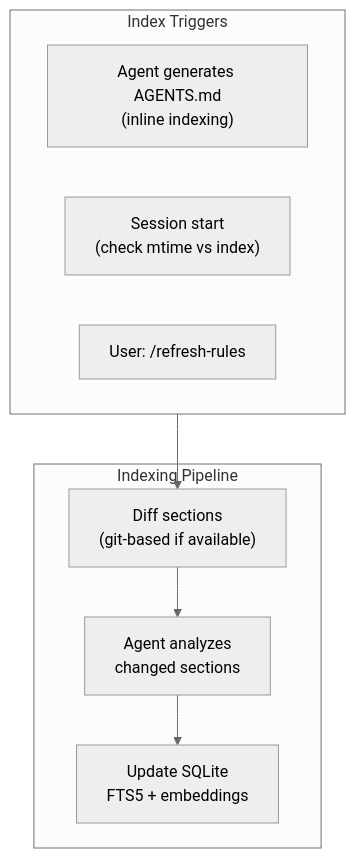
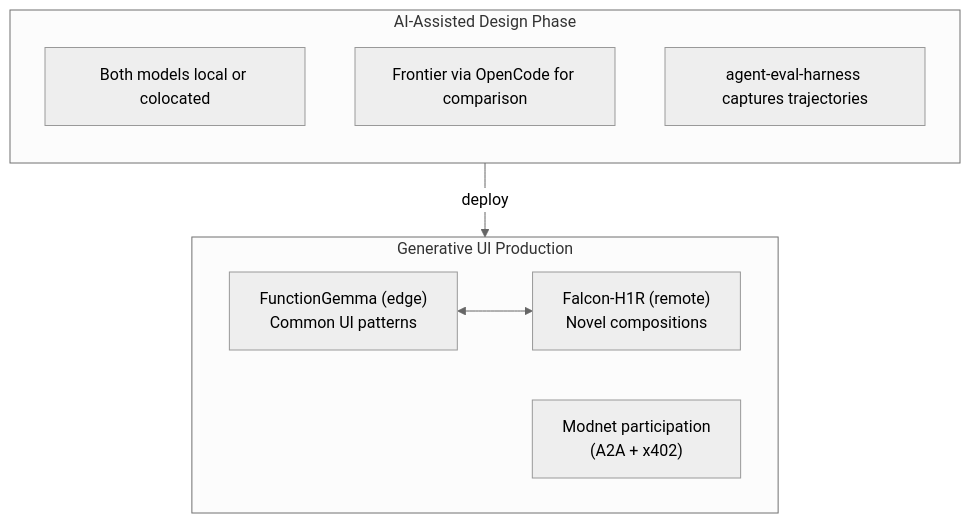
Before and after one commit to plaited/plaited: the eighth of 12 diagrams in PLAITED-AGENT-PLAN.md, drawn with Mermaid (neutral theme). The commit also changed other lines of this file and 1 other file, not shown here.

First line of the commit message:
docs(agent): update plan to V8 — generative UI client + modnet architecture

````diff
--- a/PLAITED-AGENT-PLAN.md
+++ b/PLAITED-AGENT-PLAN.md
@@ -469,16 +423,19 @@
 ```mermaid
 flowchart TB
-    subgraph Triggers["Index Triggers"]
-        AgentGen["Agent generates AGENTS.md<br/>(inline indexing)"]
-        SessionStart["Session start<br/>(check mtime vs index)"]
-        UserRefresh["User: /refresh-rules"]
+    subgraph AIAssisted["AI-Assisted Design Phase"]
+        direction TB
+        LocalDev["Both models local or colocated"]
+        FrontierCompare["Frontier via OpenCode for comparison"]
+        HarnessTraining["agent-eval-harness captures trajectories"]
     end
 
-    subgraph Index["Indexing Pipeline"]
-        Diff["Diff sections<br/>(git-based if available)"]
-        Analyze["Agent analyzes<br/>changed sections"]
-        Store["Update SQLite<br/>FTS5 + embeddings"]
+    subgraph Production["Generative UI Production"]
+        EdgeProd["FunctionGemma (edge)<br/>Common UI patterns"]
+        RemoteProd["Falcon-H1R (remote)<br/>Novel compositions"]
+        ModnetProd["Modnet participation<br/>(A2A + x402)"]
+
+        EdgeProd <--> RemoteProd
     end
 
-    Triggers --> Diff --> Analyze --> Store
+    AIAssisted -->|"deploy"| Production
 ```
````
